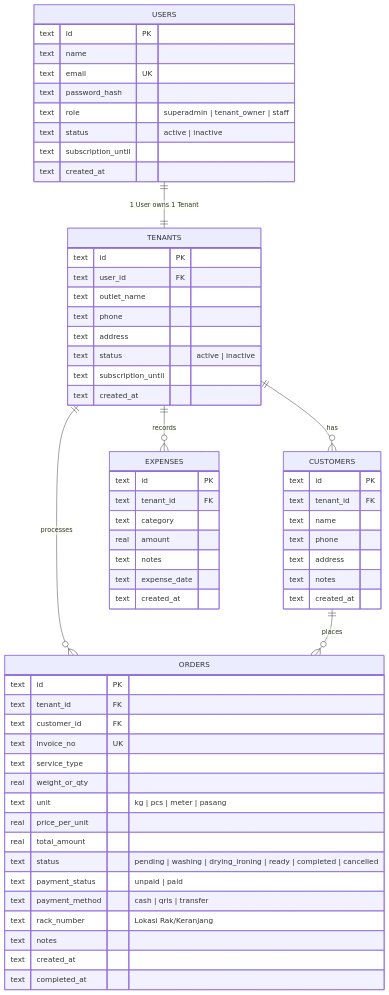
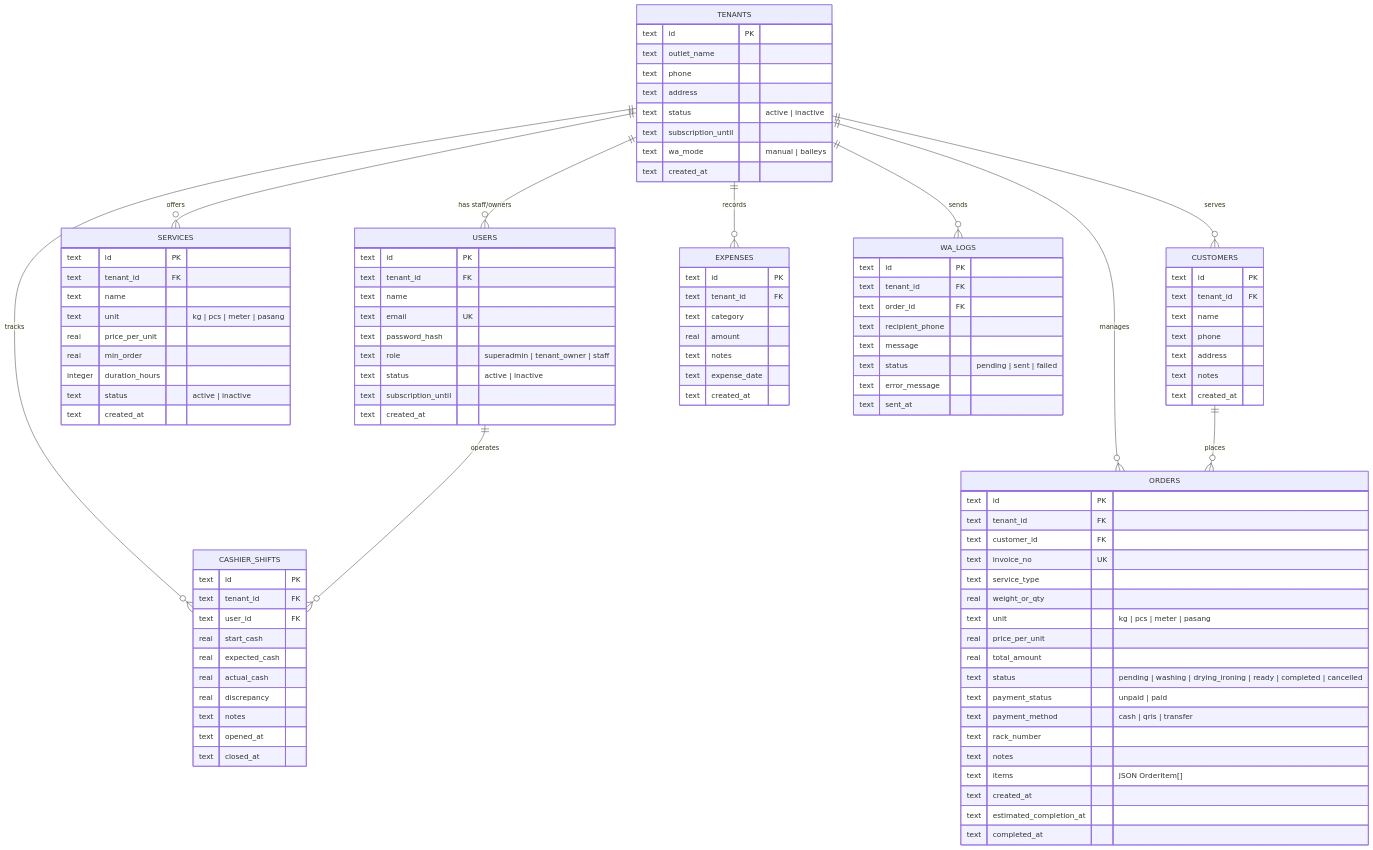
Before and after one commit to cleaniqueacademy/orchidbrand-smart-loundry: the diagram in PRD.md, drawn with Mermaid. The commit also changed other lines of this file and 16 other files, not shown here.

Commit message:
feat: add backend API routes, database schema, and frontend UI components for laundry management system

````diff
--- a/PRD.md
+++ b/PRD.md
@@ -138,13 +116,18 @@
 ```mermaid
 erDiagram
-    USERS ||--|| TENANTS : "1 User owns 1 Tenant"
-    TENANTS ||--o{ CUSTOMERS : "has"
-    TENANTS ||--o{ ORDERS : "processes"
+    TENANTS ||--o{ USERS : "has staff/owners"
+    TENANTS ||--o{ SERVICES : "offers"
+    TENANTS ||--o{ CUSTOMERS : "serves"
+    TENANTS ||--o{ ORDERS : "manages"
     TENANTS ||--o{ EXPENSES : "records"
+    TENANTS ||--o{ CASHIER_SHIFTS : "tracks"
+    TENANTS ||--o{ WA_LOGS : "sends"
     CUSTOMERS ||--o{ ORDERS : "places"
+    USERS ||--o{ CASHIER_SHIFTS : "operates"
 
     USERS {
         text id PK
+        text tenant_id FK
         text name
         text email UK
         text password_hash
@@ -156,12 +139,24 @@
 
     TENANTS {
         text id PK
-        text user_id FK
         text outlet_name
         text phone
         text address
         text status "active | inactive"
         text subscription_until
+        text wa_mode "manual | baileys"
+        text created_at
+    }
+
+    SERVICES {
+        text id PK
+        text tenant_id FK
+        text name
+        text unit "kg | pcs | meter | pasang"
+        real price_per_unit
+        real min_order
+        integer duration_hours
+        text status "active | inactive"
         text created_at
     }
 
@@ -188,10 +183,25 @@
         text status "pending | washing | drying_ironing | ready | completed | cancelled"
         text payment_status "unpaid | paid"
         text payment_method "cash | qris | transfer"
-        text rack_number "Lokasi Rak/Keranjang"
+        text rack_number
         text notes
+        text items "JSON OrderItem[]"
         text created_at
+        text estimated_completion_at
         text completed_at
+    }
+
+    CASHIER_SHIFTS {
+        text id PK
+        text tenant_id FK
+        text user_id FK
+        real start_cash
+        real expected_cash
+        real actual_cash
+        real discrepancy
+        text notes
+        text opened_at
+        text closed_at
     }
 
     EXPENSES {
@@ -203,4 +213,15 @@
         text expense_date
         text created_at
     }
+
+    WA_LOGS {
+        text id PK
+        text tenant_id FK
+        text order_id FK
+        text recipient_phone
+        text message
+        text status "pending | sent | failed"
+        text error_message
+        text sent_at
+    }
 ```
````
